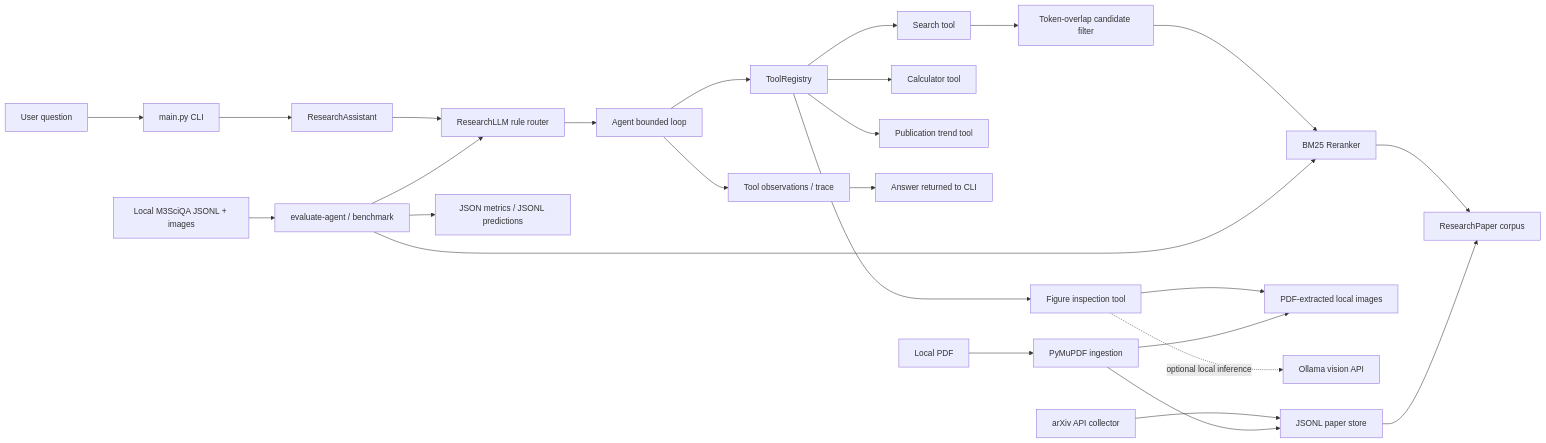
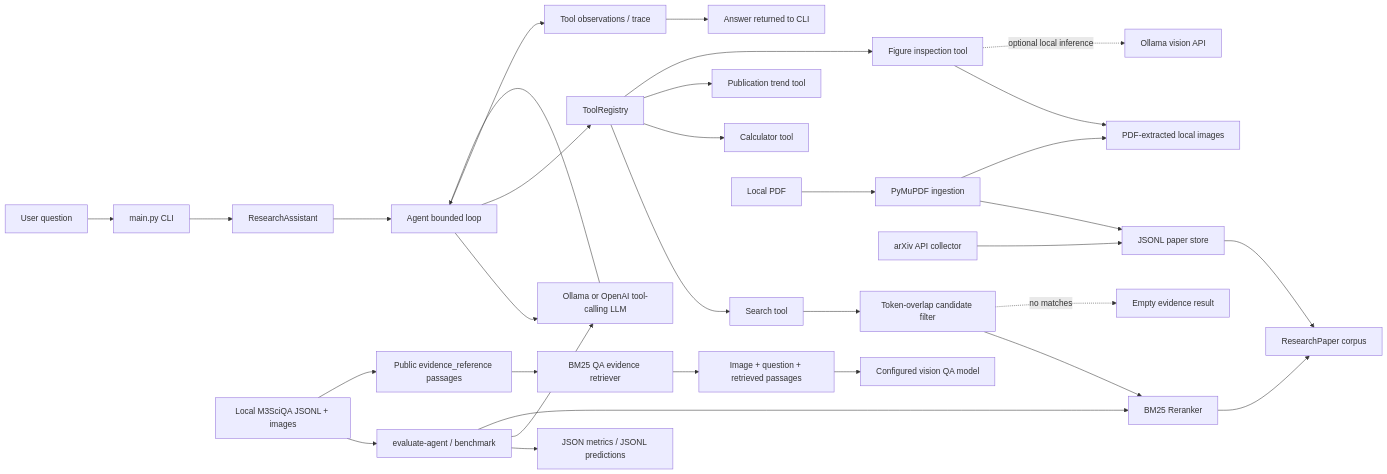
One commit to sefeoglu/llm-agents changed the first of 4 diagrams in doc/system-architecture.md. Above: the diagram before and after it, drawn with Mermaid. The commit also changed other lines of this file and 41 other files, not shown here.

````diff
--- a/doc/system-architecture.md
+++ b/doc/system-architecture.md
@@ -14,30 +14,36 @@
 ```mermaid
 flowchart LR
     User[User question] --> CLI[main.py CLI]
     CLI --> Assistant[ResearchAssistant]
-    Assistant --> Router[ResearchLLM rule router]
-    Router --> Agent[Agent bounded loop]
+    Assistant --> Agent[Agent bounded loop]
+    Agent --> LLM[Ollama or OpenAI tool-calling LLM]
+    LLM --> Agent
     Agent --> Registry[ToolRegistry]
     Registry --> Search[Search tool]
     Registry --> Calc[Calculator tool]
     Registry --> Trend[Publication trend tool]
     Registry --> Figure[Figure inspection tool]
     Search --> Candidate[Token-overlap candidate filter]
     Candidate --> BM25[BM25 Reranker]
+    Candidate -. no matches .-> Empty[Empty evidence result]
     BM25 --> Papers[ResearchPaper corpus]
     Figure --> Assets[PDF-extracted local images]
     Figure -. optional local inference .-> Ollama[Ollama vision API]
     Agent --> Trace[Tool observations / trace]
     Trace --> UserAnswer[Answer returned to CLI]
 
     Collector[arXiv API collector] --> PaperStore[JSONL paper store]
     PDF[Local PDF] --> Ingest[PyMuPDF ingestion]
     Ingest --> PaperStore
     Ingest --> Assets
     PaperStore --> Papers
 
     M3Data[Local M3SciQA JSONL + images] --> Eval[evaluate-agent / benchmark]
+    M3Data --> Evidence[Public evidence_reference passages]
+    Evidence --> QARR[BM25 QA evidence retriever]
+    QARR --> QAPrompt[Image + question + retrieved passages]
+    QAPrompt --> VisionQA[Configured vision QA model]
     Eval --> Metrics[JSON metrics / JSONL predictions]
-    Eval --> Router
+    Eval --> LLM
     Eval --> BM25
 ```
````
